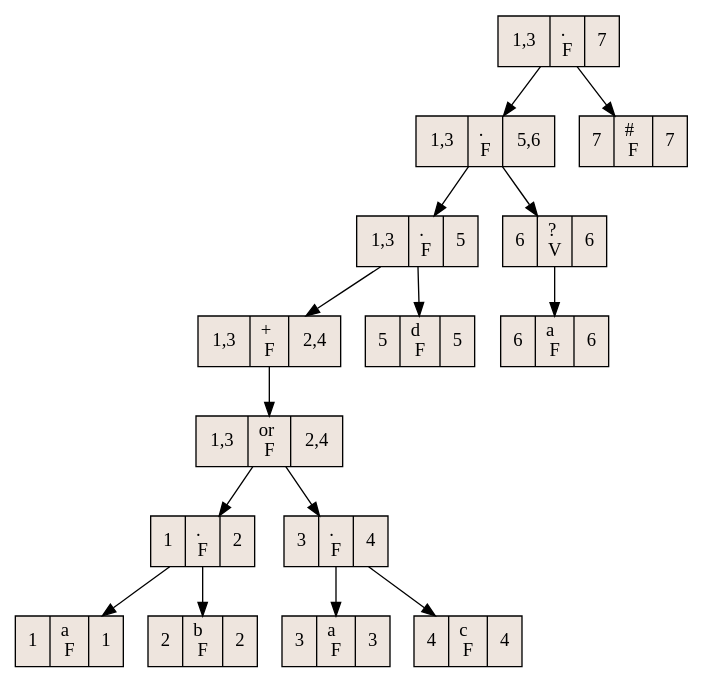
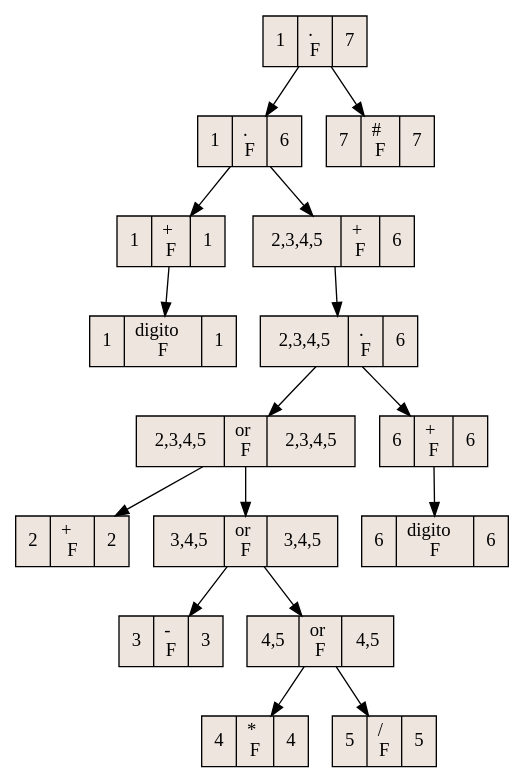
The diagram in aux_grafico.dot (elJuanjoRamos/OLC1_Practica1), drawn with Graphviz before and after one commit. The commit also changed 47 other files, not shown here.

```diff
--- a/aux_grafico.dot
+++ b/aux_grafico.dot
@@ -1,33 +1,35 @@
 digraph grafica{
 rankdir=TB;
 node [shape = record, style=filled, fillcolor=seashell2];
-nodo15 [ label ="1,3|.\lF|7"];
-nodo13 [ label ="1,3|.\lF|5,6"];
-nodo12 [ label ="1,3|.\lF|5"];
-nodo11 [ label ="1,3|+\lF|2,4"];
-nodo10 [ label ="1,3|or\lF|2,4"];
-nodo9 [ label ="1|.\lF|2"];
-nodo8 [ label ="1| a \lF|1"];
-nodo9->nodo8
-nodo7 [ label ="2| b \lF|2"];
-nodo9->nodo7
-nodo10->nodo9
-nodo6 [ label ="3|.\lF|4"];
-nodo5 [ label ="3| a \lF|3"];
-nodo6->nodo5
-nodo4 [ label ="4| c \lF|4"];
-nodo6->nodo4
-nodo10->nodo6
-nodo11->nodo10
-nodo12->nodo11
-nodo3 [ label ="5| d \lF|5"];
-nodo12->nodo3
-nodo13->nodo12
-nodo2 [ label ="6|?\lV|6"];
-nodo1 [ label ="6| a \lF|6"];
-nodo2->nodo1
-nodo13->nodo2
-nodo15->nodo13
-nodo14 [ label ="7|#\lF|7"];
-nodo15->nodo14
+nodo66 [ label ="1|.\lF|7"];
+nodo64 [ label ="1|.\lF|6"];
+nodo63 [ label ="1|+\lF|1"];
+nodo62 [ label ="1|digito\lF|1"];
+nodo63->nodo62
+nodo64->nodo63
+nodo61 [ label ="2,3,4,5|+\lF|6"];
+nodo60 [ label ="2,3,4,5|.\lF|6"];
+nodo59 [ label ="2,3,4,5|or\lF|2,3,4,5"];
+nodo58 [ label ="2| + \lF|2"];
+nodo59->nodo58
+nodo57 [ label ="3,4,5|or\lF|3,4,5"];
+nodo56 [ label ="3| - \lF|3"];
+nodo57->nodo56
+nodo55 [ label ="4,5|or\lF|4,5"];
+nodo54 [ label ="4| * \lF|4"];
+nodo55->nodo54
+nodo53 [ label ="5| / \lF|5"];
+nodo55->nodo53
+nodo57->nodo55
+nodo59->nodo57
+nodo60->nodo59
+nodo52 [ label ="6|+\lF|6"];
+nodo51 [ label ="6|digito\lF|6"];
+nodo52->nodo51
+nodo60->nodo52
+nodo61->nodo60
+nodo64->nodo61
+nodo66->nodo64
+nodo65 [ label ="7|#\lF|7"];
+nodo66->nodo65
 }
```
